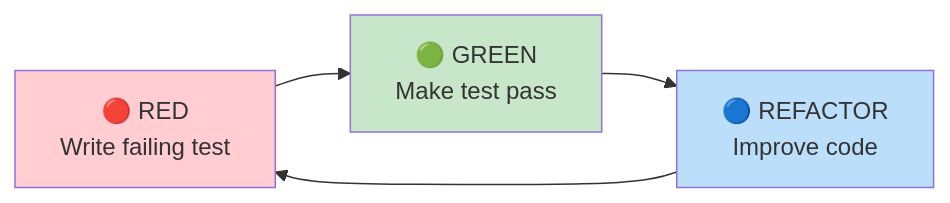
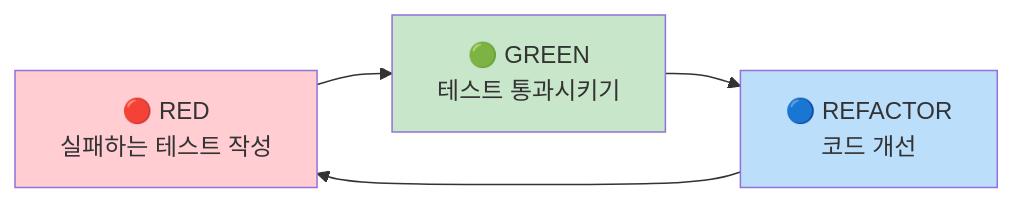
Before and after one commit to megaTRX/calculator: the fourth of 5 diagrams in README.md, drawn with Mermaid. The commit also changed other lines of this file, not shown here.

````diff
--- a/README.md
+++ b/README.md
@@ -315,10 +315,10 @@
 ```mermaid
 graph LR
-    A[🔴 RED<br/>Write failing test] --> B[🟢 GREEN<br/>Make test pass]
-    B --> C[🔵 REFACTOR<br/>Improve code]
+    A[🔴 RED<br/>실패하는 테스트 작성] --> B[🟢 GREEN<br/>테스트 통과시키기]
+    B --> C[🔵 REFACTOR<br/>코드 개선]
     C --> A
     
     style A fill:#ffcdd2
     style B fill:#c8e6c9
     style C fill:#bbdefb
 ```
````
